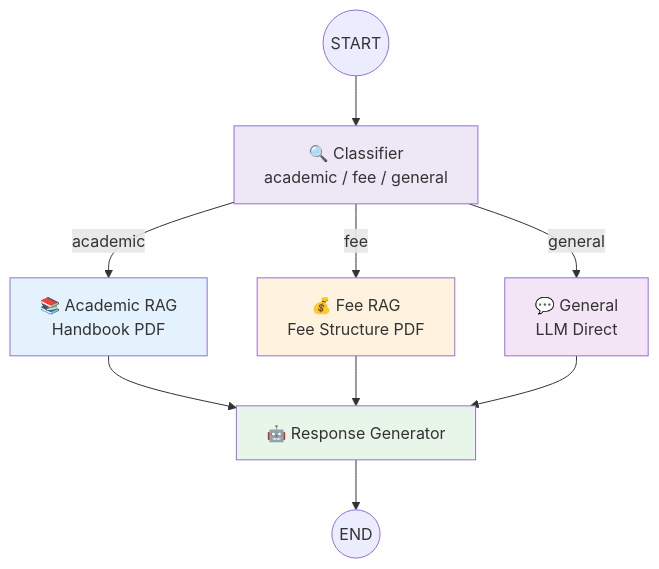
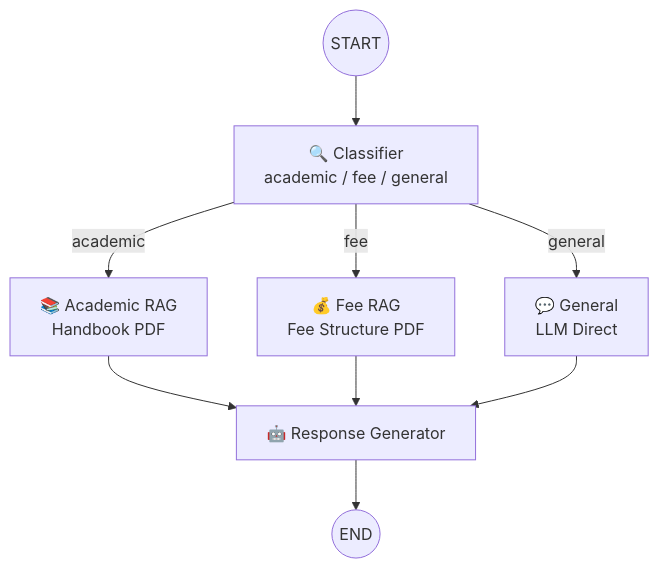
One commit to TexZ-GenZ/LangGraph-learning- changed the fourth of 7 diagrams in README.md. Above: the diagram before and after it, drawn with Mermaid. The commit also changed other lines of this file, not shown here.

````diff
--- a/README.md
+++ b/README.md
@@ -102,19 +94,13 @@
 ```mermaid
 graph TD
     START((START)) --> CL[🔍 Classifier<br/>academic / fee / general]
 
     CL -->|academic| AR[📚 Academic RAG<br/>Handbook PDF]
     CL -->|fee| FR[💰 Fee RAG<br/>Fee Structure PDF]
     CL -->|general| GN[💬 General<br/>LLM Direct]
 
     AR --> RESP[🤖 Response Generator]
     FR --> RESP
     GN --> RESP
     RESP --> END((END))
-
-    style CL fill:#ede7f6
-    style AR fill:#e3f2fd
-    style FR fill:#fff3e0
-    style GN fill:#f3e5f5
-    style RESP fill:#e8f5e9
 ```
````
